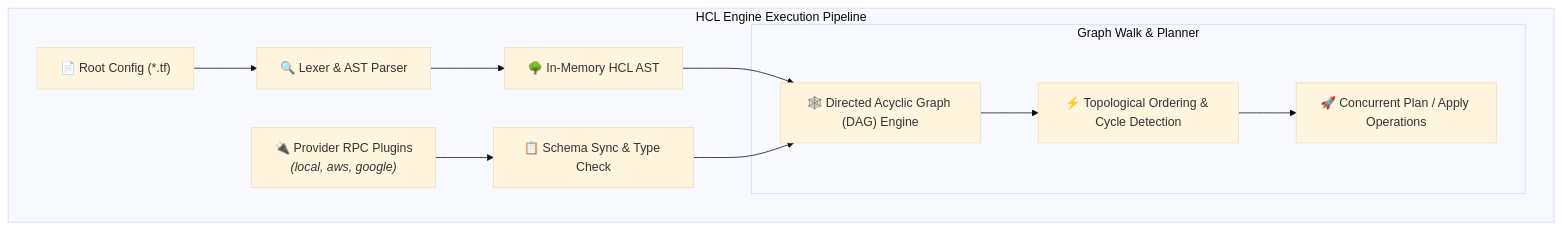
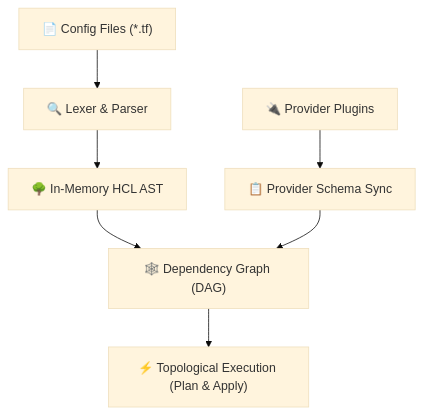
Before and after one commit to dnf0/terralings: the diagram in docs/guides/01-primitives.md, drawn with Mermaid (base theme). The commit also changed other lines of this file and 18 other files, not shown here.

First line of the commit message:
docs(guides): simplify mermaid diagrams and add conceptual breakdowns (#24)

````diff
--- a/docs/guides/01-primitives.md
+++ b/docs/guides/01-primitives.md
@@ -17,17 +17,12 @@
 ```mermaid
 flowchart TD
-    subgraph Pipeline["HCL Engine Execution Pipeline"]
-        Config["📄 Root Config (*.tf)"] --> Lexer["🔍 Lexer & AST Parser"]
-        Lexer --> AST["🌳 In-Memory HCL AST"]
-        
-        Providers["🔌 Provider RPC Plugins<br/><i>(local, aws, google)</i>"] --> Schema["📋 Schema Sync & Type Check"]
-        
-        AST --> DAG["🕸️ Directed Acyclic Graph (DAG) Engine"]
-        Schema --> DAG
-        
-        subgraph GraphWalker["Graph Walk & Planner"]
-            DAG --> Topo["⚡ Topological Ordering & Cycle Detection"]
-            Topo --> Exec["🚀 Concurrent Plan / Apply Operations"]
-        end
-    end
+    Files["📄 Config Files (*.tf)"] --> Lexer["🔍 Lexer & Parser"]
+    Lexer --> AST["🌳 In-Memory HCL AST"]
+    
+    Providers["🔌 Provider Plugins"] --> Schema["📋 Provider Schema Sync"]
+    
+    AST --> DAG["🕸️ Dependency Graph (DAG)"]
+    Schema --> DAG
+    
+    DAG --> Plan["⚡ Topological Execution (Plan & Apply)"]
 ```
````
